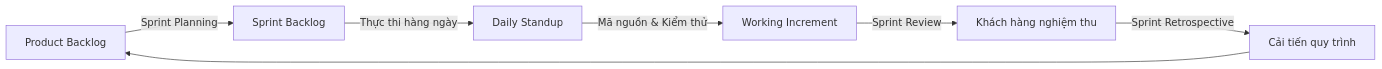
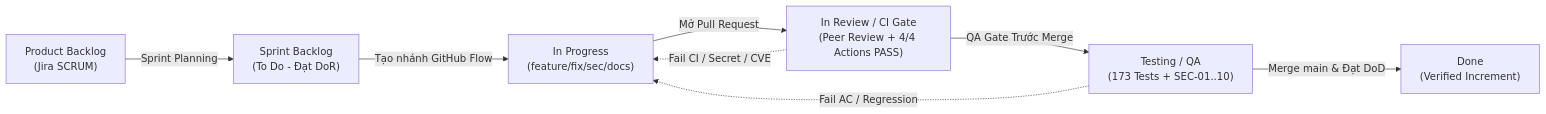
The diagram in docs/scrum/SCRUM-FRAMEWORK.md (itsminloc/Cyberig), drawn with Mermaid before and after one commit. The commit also changed other lines of this file and 10 other files, not shown here.

Commit message:
docs(scrum): sync Jira SCRUM (91 issues, 182 SP) and docx report

````diff
--- a/docs/scrum/SCRUM-FRAMEWORK.md
+++ b/docs/scrum/SCRUM-FRAMEWORK.md
@@ -34,9 +37,10 @@
 ```mermaid
 flowchart LR
-    A[Product Backlog] -->|Sprint Planning| B[Sprint Backlog]
-    B -->|Thực thi hàng ngày| C[Daily Standup]
-    C -->|Mã nguồn & Kiểm thử| D[Working Increment]
-    D -->|Sprint Review| E[Khách hàng nghiệm thu]
-    E -->|Sprint Retrospective| F[Cải tiến quy trình]
-    F --> A
+    A["Product Backlog<br/>(Jira SCRUM)"] -->|Sprint Planning| B["Sprint Backlog<br/>(To Do - Đạt DoR)"]
+    B -->|Tạo nhánh GitHub Flow| C["In Progress<br/>(feature/fix/sec/docs)"]
+    C -->|Mở Pull Request| D["In Review / CI Gate<br/>(Peer Review + 4/4 Actions PASS)"]
+    D -->|QA Gate Trước Merge| E["Testing / QA<br/>(173 Tests + SEC-01..10)"]
+    E -->|Merge main &amp; Đạt DoD| F["Done<br/>(Verified Increment)"]
+    D -.->|Fail CI / Secret / CVE| C
+    E -.->|Fail AC / Regression| C
 ```
````
